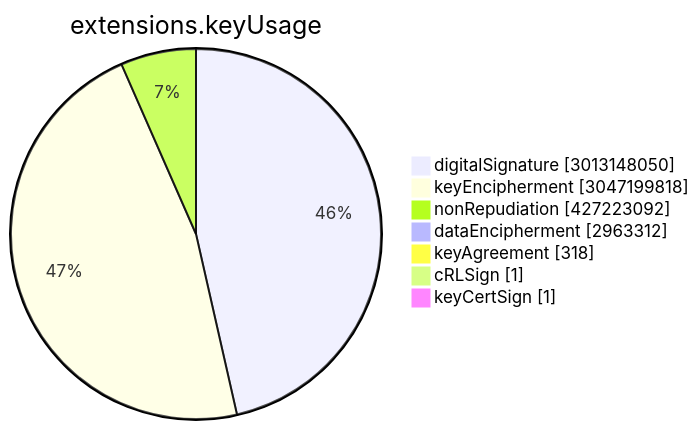
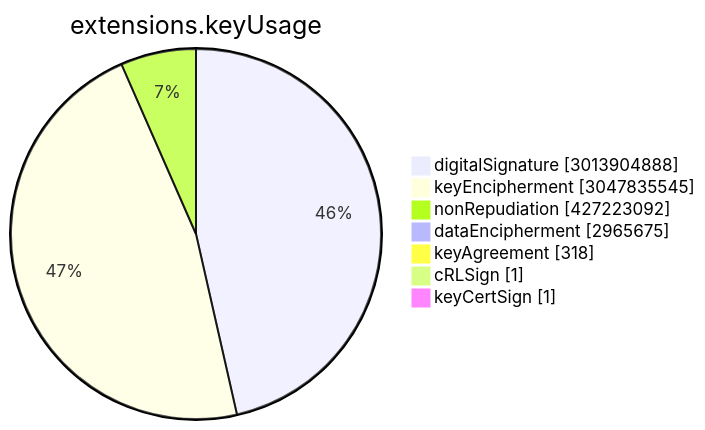
Before and after one commit to christiankrug/ctmonitor_visualization: the sixth of 15 diagrams in TOTAL/README.md, drawn with Mermaid. The commit also changed other lines of this file, not shown here.

````diff
--- a/TOTAL/README.md
+++ b/TOTAL/README.md
@@ -3075,11 +3075,11 @@
 ```mermaid
 pie showData
 title extensions.keyUsage
-"digitalSignature" :3013148050
-"keyEncipherment" :3047199818
+"digitalSignature" :3013904888
+"keyEncipherment" :3047835545
 "nonRepudiation" :427223092
-"dataEncipherment" :2963312
+"dataEncipherment" :2965675
 "keyAgreement" :318
 "cRLSign" :1
 "keyCertSign" :1
 ```
````
